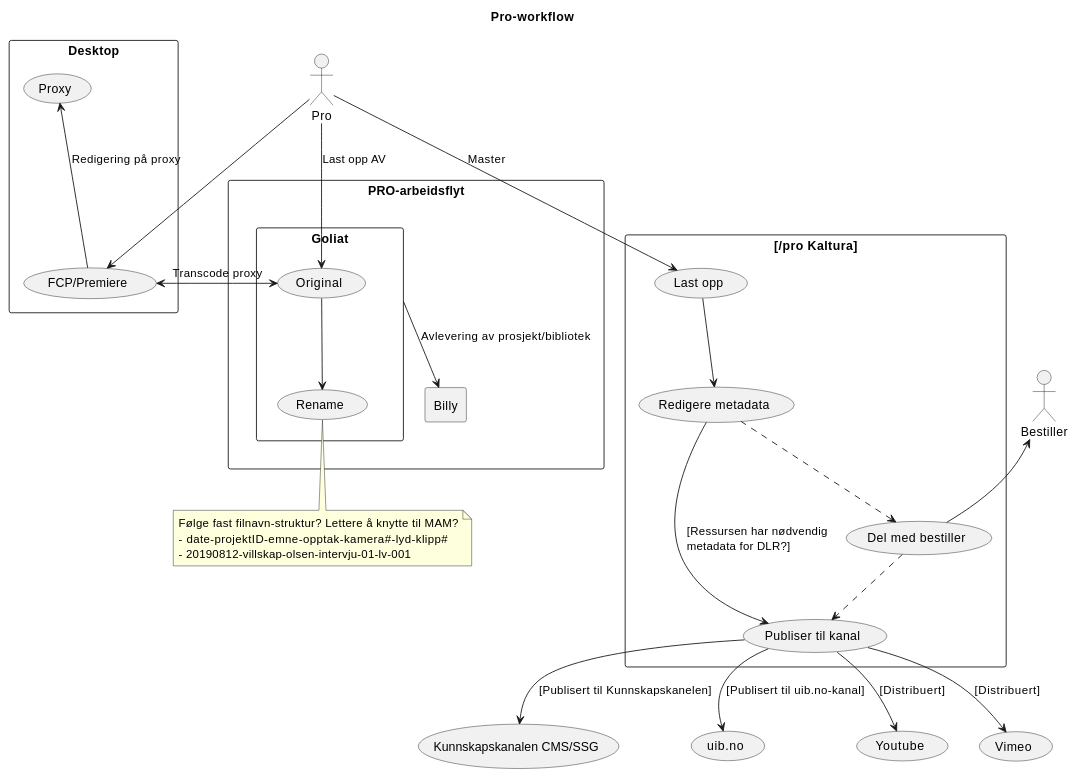
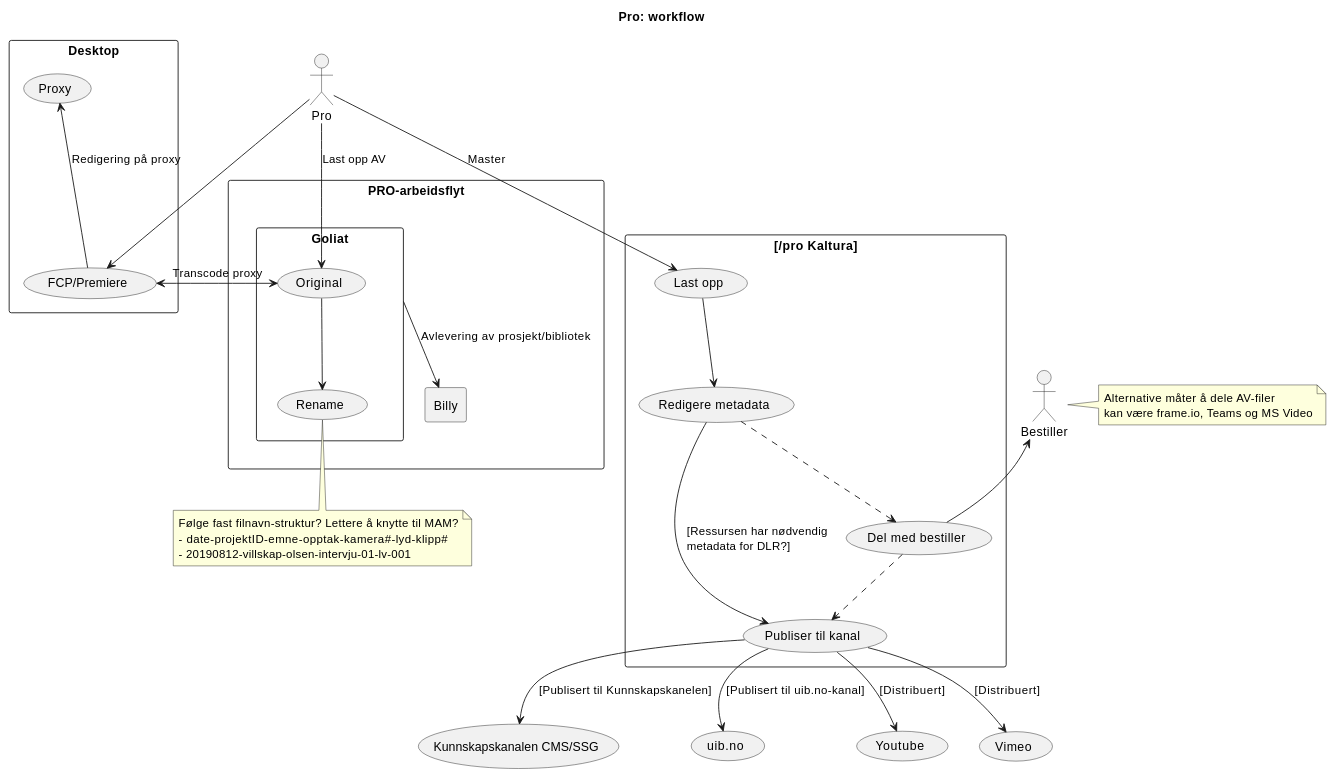
The diagram in src/docs/pro-workflow.md (tarjelavik/mam-dlr-architecture), drawn with PlantUML before and after one commit. The commit also changed other lines of this file and 11 other files, not shown here.

````diff
--- a/src/docs/pro-workflow.md
+++ b/src/docs/pro-workflow.md
@@ -6,61 +9,65 @@
 ```plantuml 
 @startuml
 
-title Pro-workflow
+title Pro: workflow
 
 rectangle Desktop {
     (FCP/Premiere)
     (Proxy)
 }
 
 rectangle "PRO-arbeidsflyt" as prowf {
     rectangle Goliat {
         (Original)
         (Rename)
     }
 
     rectangle Billy {
 
     }
 }
 
 rectangle "[[/pro Kaltura]]" {
     (Last opp)
     (Redigere metadata) as metadata
     (Del med bestiller)
     (Publiser til kanal) as channel
 }
 
 :Pro:
 :Bestiller:
 
 Bestiller <-- (Del med bestiller)
 
 Pro --> Original : "Last opp AV"
 Original --> Rename
 
 Pro --> (FCP/Premiere)
 Proxy <-- (FCP/Premiere) : "Redigering på proxy"
 (FCP/Premiere) <-> Original : "Transcode proxy"
 
 Goliat --> Billy : Avlevering av prosjekt/bibliotek
 
 Pro --> (Last opp) : Master
 (Last opp) --> metadata
 metadata ..> (Del med bestiller)
 (Del med bestiller) ..> channel
 metadata --> channel : "[Ressursen har nødvendig \lmetadata for DLR?]"
 
 channel --> (Kunnskapskanalen CMS/SSG) : "[Publisert til Kunnskapskanelen]"
 channel --> (uib.no) : "[Publisert til uib.no-kanal]"
 channel --> (Youtube) : "[Distribuert]"
 channel --> (Vimeo) : "[Distribuert]"
 
 note bottom of Rename
     Følge fast filnavn-struktur? Lettere å knytte til MAM?
     - date-projektID-emne-opptak-kamera#-lyd-klipp#
     - 20190812-villskap-olsen-intervju-01-lv-001
 end note
 
+note right of Bestiller 
+    Alternative måter å dele AV-filer
+    kan være frame.io, Teams og MS Video
+end note
 @enduml
 ```
````
